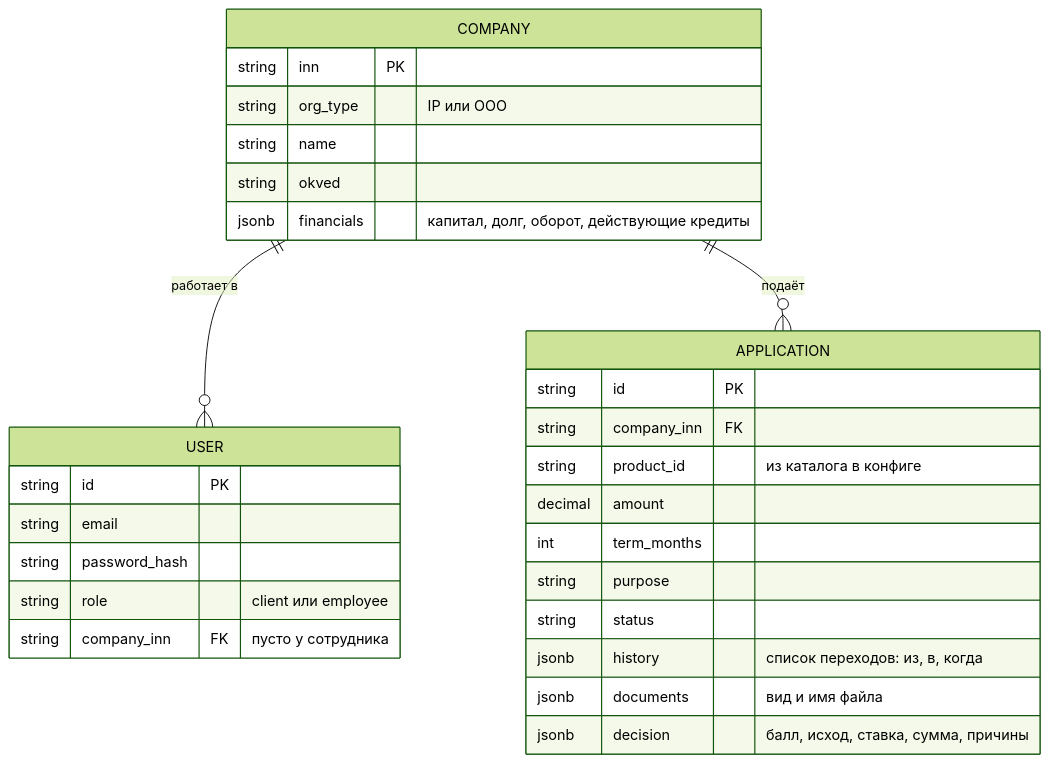
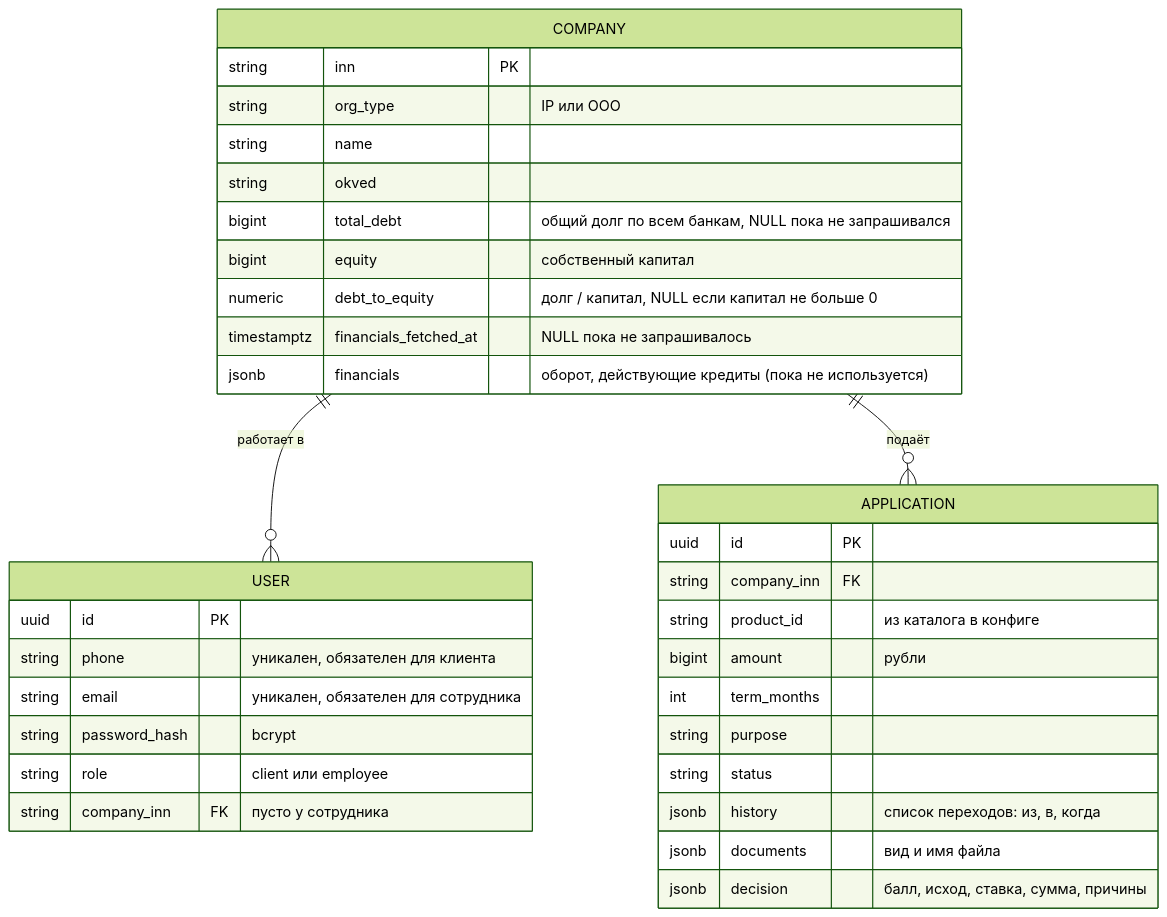
The diagram in docs/data-model.md (rudast/alpha-hack-2026), drawn with Mermaid (forest theme) before and after one commit. The commit also changed other lines of this file and 39 other files, not shown here.

````diff
--- a/docs/data-model.md
+++ b/docs/data-model.md
@@ -7,32 +7,37 @@
 ```mermaid
 erDiagram
     COMPANY ||--o{ USER : "работает в"
     COMPANY ||--o{ APPLICATION : "подаёт"
 
     COMPANY {
         string inn PK
         string org_type "IP или OOO"
         string name
         string okved
-        jsonb financials "капитал, долг, оборот, действующие кредиты"
+        bigint total_debt "общий долг по всем банкам, NULL пока не запрашивался"
+        bigint equity "собственный капитал"
+        numeric debt_to_equity "долг / капитал, NULL если капитал не больше 0"
+        timestamptz financials_fetched_at "NULL пока не запрашивалось"
+        jsonb financials "оборот, действующие кредиты (пока не используется)"
     }
     USER {
-        string id PK
-        string email
-        string password_hash
+        uuid id PK
+        string phone "уникален, обязателен для клиента"
+        string email "уникален, обязателен для сотрудника"
+        string password_hash "bcrypt"
         string role "client или employee"
         string company_inn FK "пусто у сотрудника"
     }
     APPLICATION {
-        string id PK
+        uuid id PK
         string company_inn FK
         string product_id "из каталога в конфиге"
-        decimal amount
+        bigint amount "рубли"
         int term_months
         string purpose
         string status
         jsonb history "список переходов: из, в, когда"
         jsonb documents "вид и имя файла"
         jsonb decision "балл, исход, ставка, сумма, причины"
     }
 ```
````
